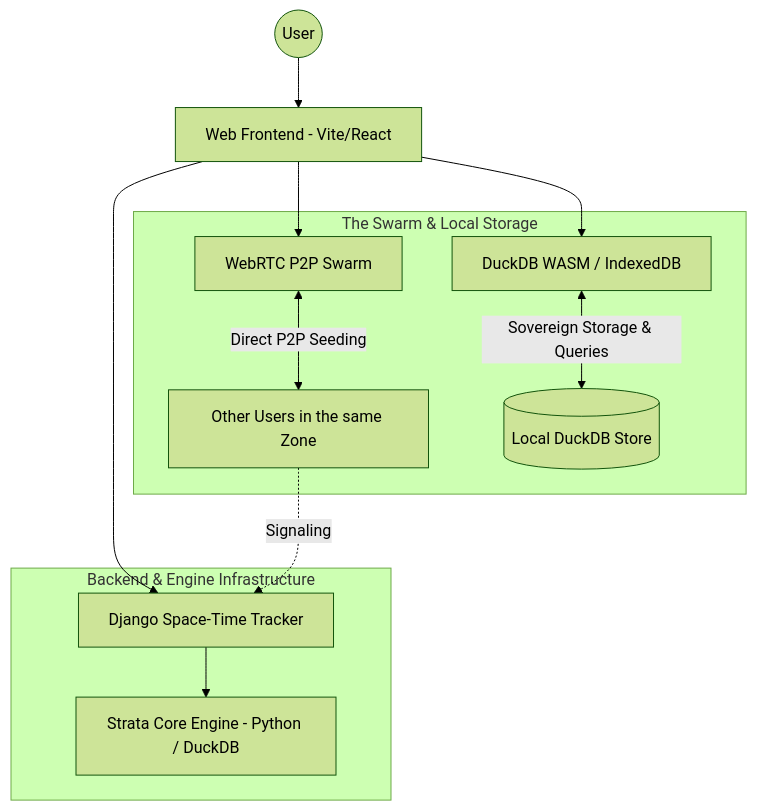
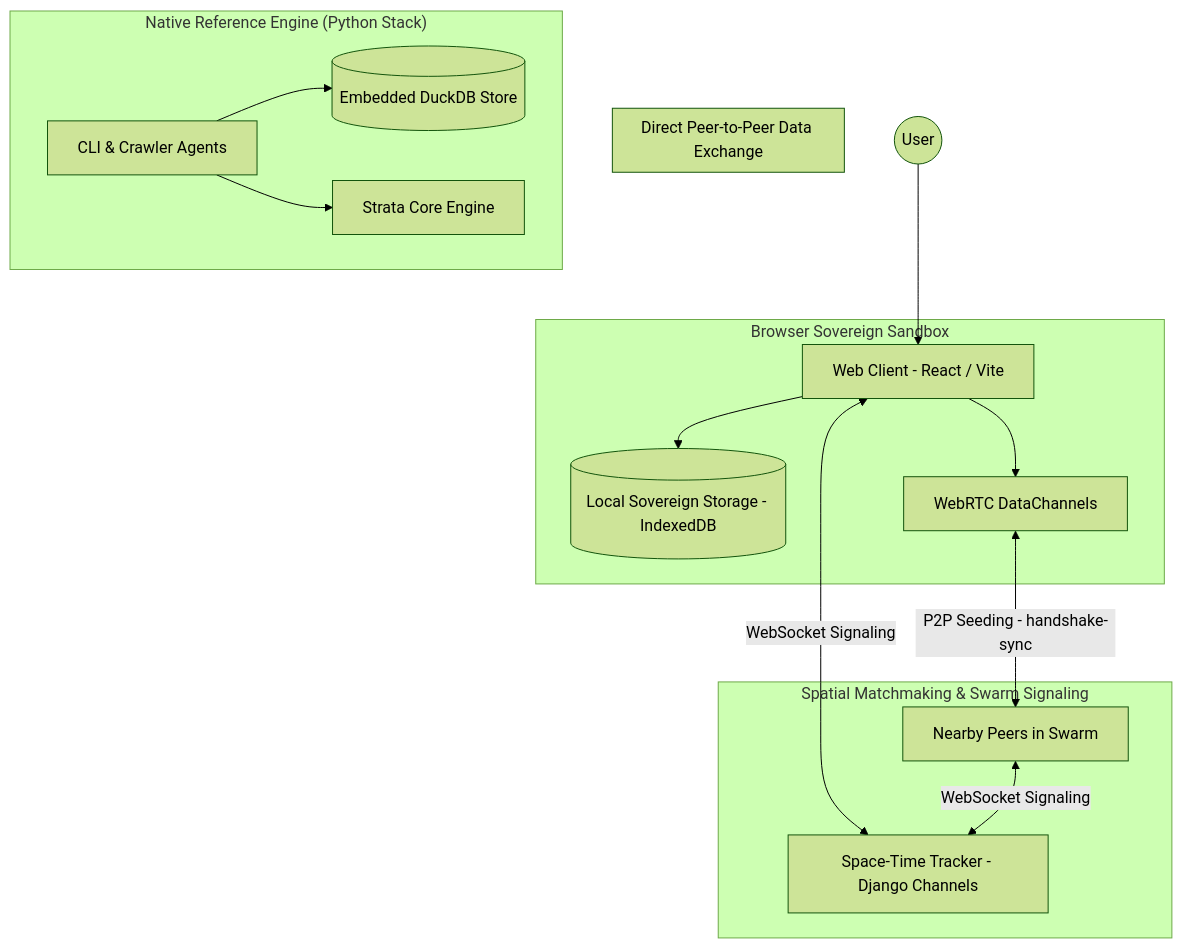
Before and after one commit to cacrespo/handshake: the diagram in README.md, drawn with Mermaid (forest theme). The commit also changed other lines of this file and 16 other files, not shown here.

Commit message:
feat(ui): message-centric overhaul around space-time triad (50% Messages, 25% Space, 25% Time) (#40)

````diff
--- a/README.md
+++ b/README.md
@@ -29,18 +29,23 @@
 ```mermaid
 graph TD
-    User((User)) --> WebApp[Web Frontend - Vite/React]
-    WebApp --> DuckDBWasm[DuckDB WASM / IndexedDB]
-    WebApp --> WebRTC[WebRTC P2P Swarm]
-    WebApp --> Tracker[Django Space-Time Tracker]
+    User((User)) --> WebClient[Web Client - React / Vite]
     
-    subgraph "The Swarm & Local Storage"
-        WebRTC <-->|Direct P2P Seeding| OtherPeers[Other Users in the same Zone]
-        DuckDBWasm <-->|Sovereign Storage & Queries| LocalDB[(Local DuckDB Store)]
+    subgraph "Browser Sovereign Sandbox"
+        WebClient --> LocalStore[(Local Sovereign Storage - IndexedDB)]
+        WebClient --> WebRTC[WebRTC DataChannels]
     end
     
-    subgraph "Backend & Engine Infrastructure"
-        Tracker --> Engine[Strata Core Engine - Python / DuckDB]
+    subgraph "Spatial Matchmaking & Swarm Signaling"
+        WebClient <-->|WebSocket Signaling| Tracker[Space-Time Tracker - Django Channels]
+        OtherPeers[Nearby Peers in Swarm] <-->|WebSocket Signaling| Tracker
     end
-    
-    OtherPeers -.->|Signaling| Tracker
+
+    subgraph "Direct Peer-to-Peer Data Exchange"
+        WebRTC <-->|P2P Seeding - handshake-sync| OtherPeers
+    end
+
+    subgraph "Native Reference Engine (Python Stack)"
+        CLI[CLI & Crawler Agents] --> DuckDB[(Embedded DuckDB Store)]
+        CLI --> Strata[Strata Core Engine]
+    end
 ```
````
